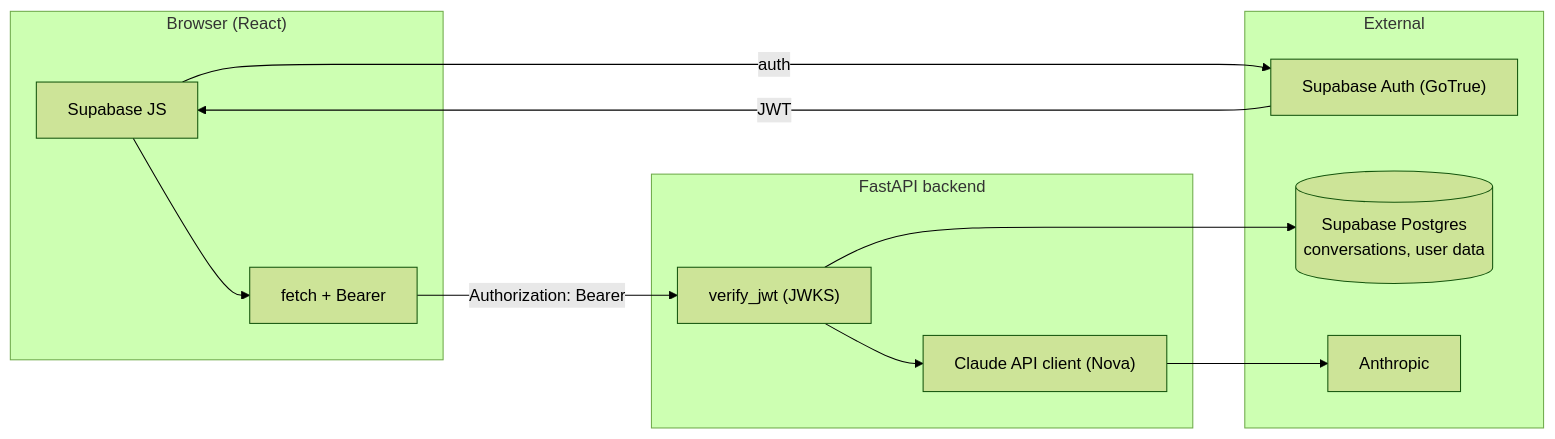
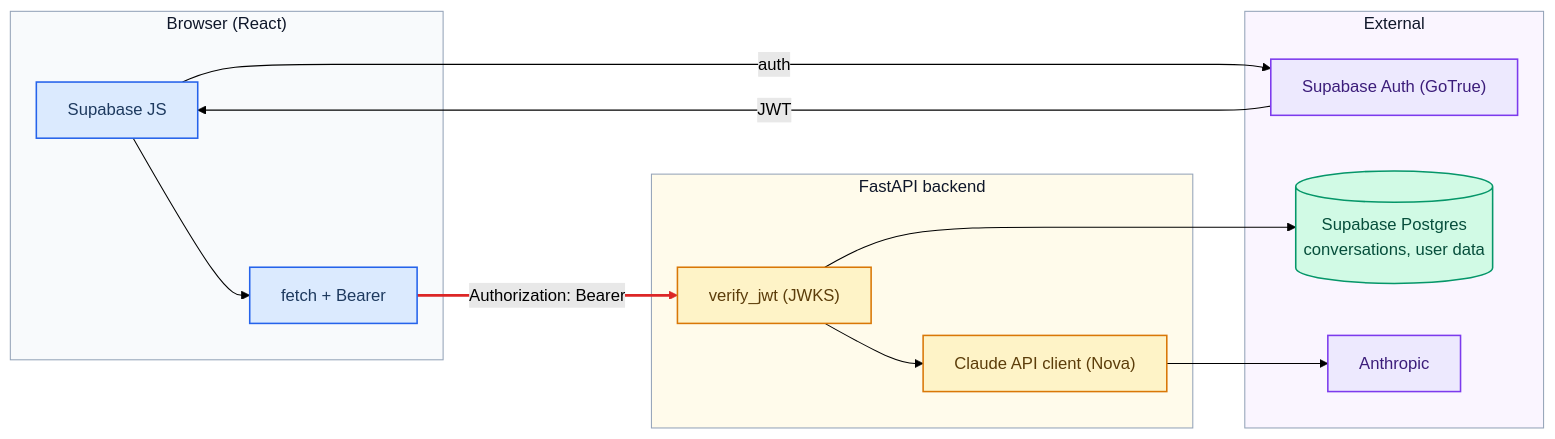
Before and after one commit to spolivin/novabank: the diagram in README.md, drawn with Mermaid (forest theme).

Commit message:
docs(readme): color architecture diagram by tier

````diff
--- a/README.md
+++ b/README.md
@@ -89,26 +89,42 @@
 ```mermaid
 flowchart LR
     subgraph browser["Browser (React)"]
         sdk["Supabase JS"]
         req["fetch + Bearer"]
     end
 
     subgraph backend["FastAPI backend"]
         jwt["verify_jwt (JWKS)"]
         nova["Claude API client (Nova)"]
     end
 
     subgraph external["External"]
         auth["Supabase Auth (GoTrue)"]
         db[("Supabase Postgres<br/>conversations, user data")]
         anthropic["Anthropic"]
     end
 
     sdk -- auth --> auth
     auth -- JWT --> sdk
     sdk --> req
     req -- "Authorization: Bearer" --> jwt
     jwt --> db
     jwt --> nova
     nova --> anthropic
+
+    classDef client fill:#dbeafe,stroke:#2563eb,stroke-width:1.5px,color:#1e3a5f
+    classDef server fill:#fef3c7,stroke:#d97706,stroke-width:1.5px,color:#5c3d0a
+    classDef vendor fill:#ede9fe,stroke:#7c3aed,stroke-width:1.5px,color:#3c1d7a
+    classDef store  fill:#d1fae5,stroke:#059669,stroke-width:1.5px,color:#064e3b
+
+    class sdk,req client
+    class jwt,nova server
+    class auth,anthropic vendor
+    class db store
+
+    style browser  fill:#f8fafc,stroke:#94a3b8,stroke-width:1px,color:#0f172a
+    style backend  fill:#fffbeb,stroke:#94a3b8,stroke-width:1px,color:#0f172a
+    style external fill:#faf5ff,stroke:#94a3b8,stroke-width:1px,color:#0f172a
+
+    linkStyle 3 stroke:#dc2626,stroke-width:2.5px
 ```
````
